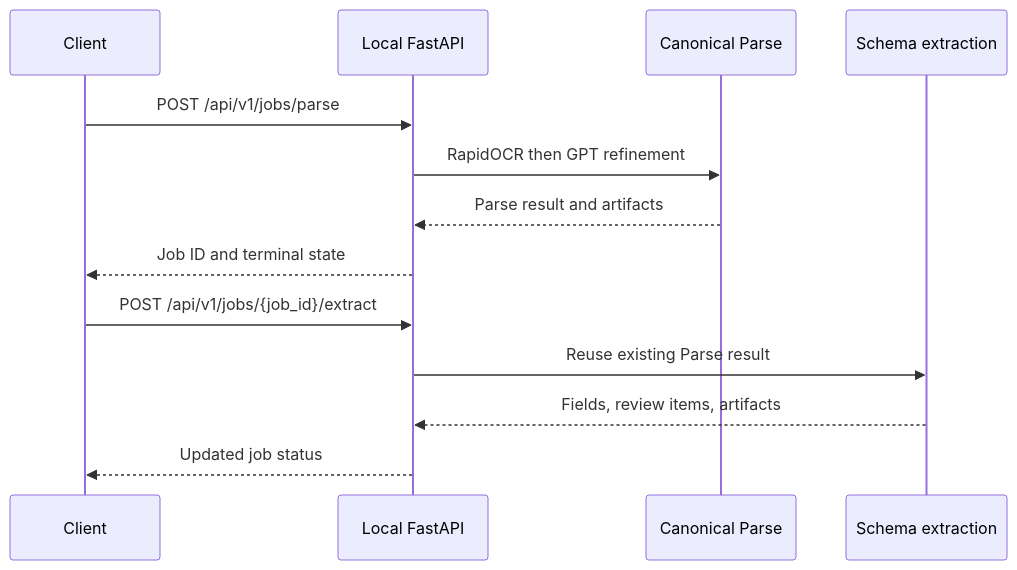
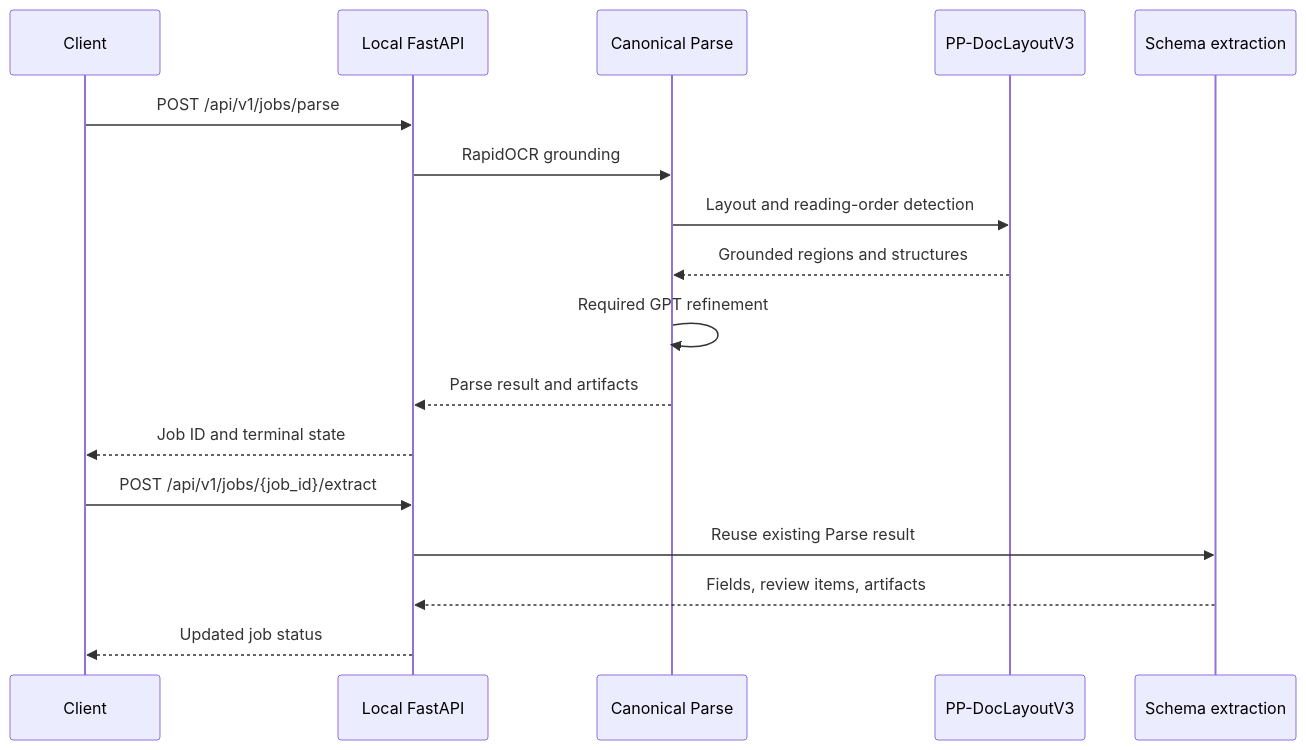
The diagram in docs/API.md (pypi-ahmad/OpenAI-X-RapidOCR-Agentic-Document_extraction), drawn with Mermaid before and after one commit. The commit also changed other lines of this file and 15 other files, not shown here.

````diff
--- a/docs/API.md
+++ b/docs/API.md
@@ -36,15 +36,19 @@
 ```mermaid
 sequenceDiagram
     participant Client
     participant API as Local FastAPI
     participant Parse as Canonical Parse
+    participant Layout as PP-DocLayoutV3
     participant Extract as Schema extraction
     Client->>API: POST /api/v1/jobs/parse
-    API->>Parse: RapidOCR then GPT refinement
+    API->>Parse: RapidOCR grounding
+    Parse->>Layout: Layout and reading-order detection
+    Layout-->>Parse: Grounded regions and structures
+    Parse->>Parse: Required GPT refinement
     Parse-->>API: Parse result and artifacts
     API-->>Client: Job ID and terminal state
     Client->>API: POST /api/v1/jobs/{job_id}/extract
     API->>Extract: Reuse existing Parse result
     Extract-->>API: Fields, review items, artifacts
     API-->>Client: Updated job status
 ```
````
